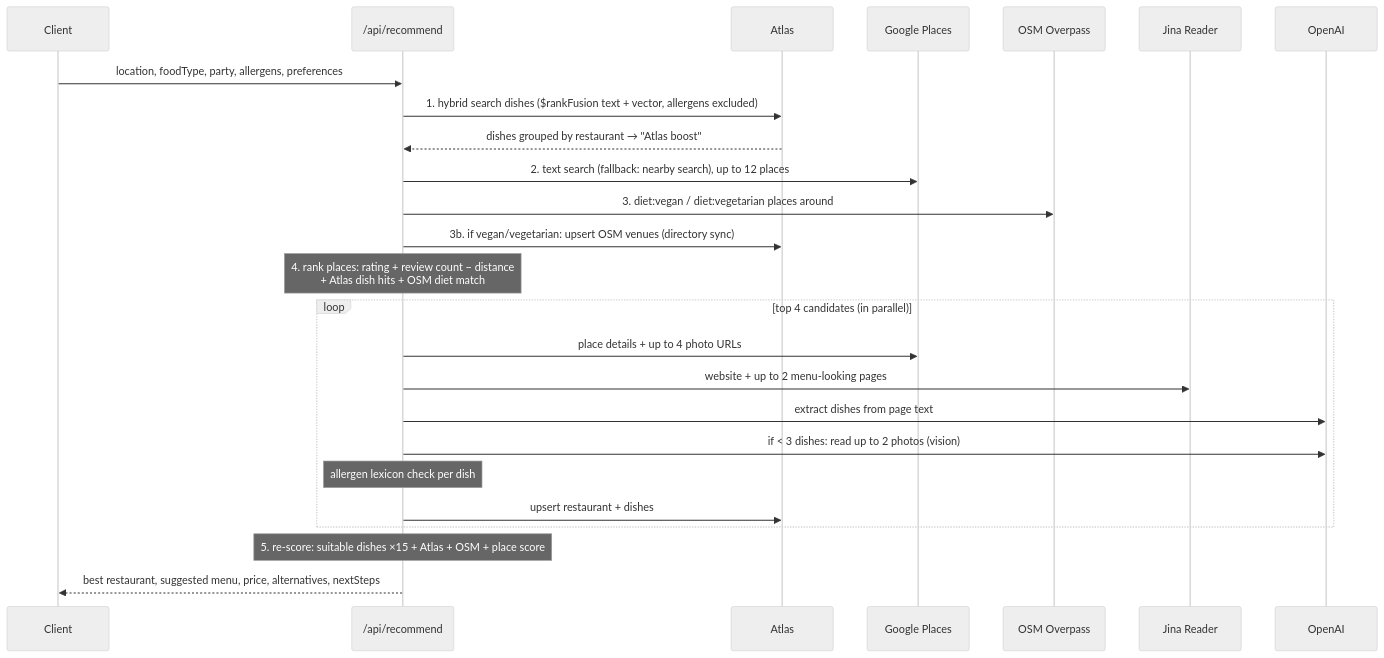
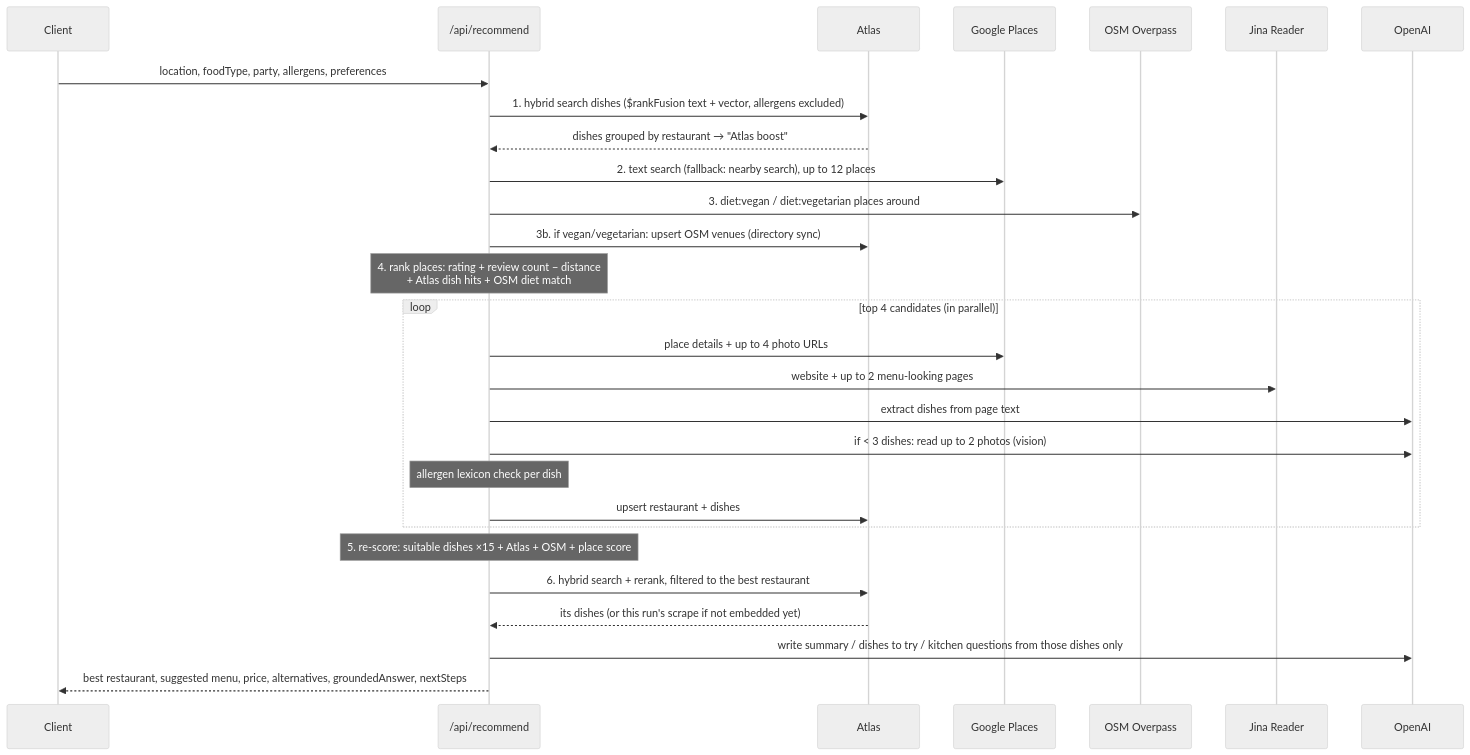
The second of 2 diagrams in docs/DESIGN.md (0xr3x/mr-munch), drawn with Mermaid (neutral theme) before and after one commit. The commit also changed other lines of this file and 5 other files, not shown here.

````diff
--- a/docs/DESIGN.md
+++ b/docs/DESIGN.md
@@ -105,28 +106,31 @@
 ```mermaid
 sequenceDiagram
     participant C as Client
     participant API as /api/recommend
     participant A as Atlas
     participant G as Google Places
     participant O as OSM Overpass
     participant W as Jina Reader
     participant AI as OpenAI
 
     C->>API: location, foodType, party, allergens, preferences
     API->>A: 1. hybrid search dishes ($rankFusion text + vector, allergens excluded)
     A-->>API: dishes grouped by restaurant → "Atlas boost"
     API->>G: 2. text search (fallback: nearby search), up to 12 places
     API->>O: 3. diet:vegan / diet:vegetarian places around
     API->>A: 3b. if vegan/vegetarian: upsert OSM venues (directory sync)
     Note over API: 4. rank places: rating + review count − distance<br/>+ Atlas dish hits + OSM diet match
     loop top 4 candidates (in parallel)
         API->>G: place details + up to 4 photo URLs
         API->>W: website + up to 2 menu-looking pages
         API->>AI: extract dishes from page text
         API->>AI: if < 3 dishes: read up to 2 photos (vision)
         Note over API: allergen lexicon check per dish
         API->>A: upsert restaurant + dishes
     end
     Note over API: 5. re-score: suitable dishes ×15 + Atlas + OSM + place score
-    API-->>C: best restaurant, suggested menu, price, alternatives, nextSteps
+    API->>A: 6. hybrid search + rerank, filtered to the best restaurant
+    A-->>API: its dishes (or this run's scrape if not embedded yet)
+    API->>AI: write summary / dishes to try / kitchen questions from those dishes only
+    API-->>C: best restaurant, suggested menu, price, alternatives, groundedAnswer, nextSteps
 ```
````
